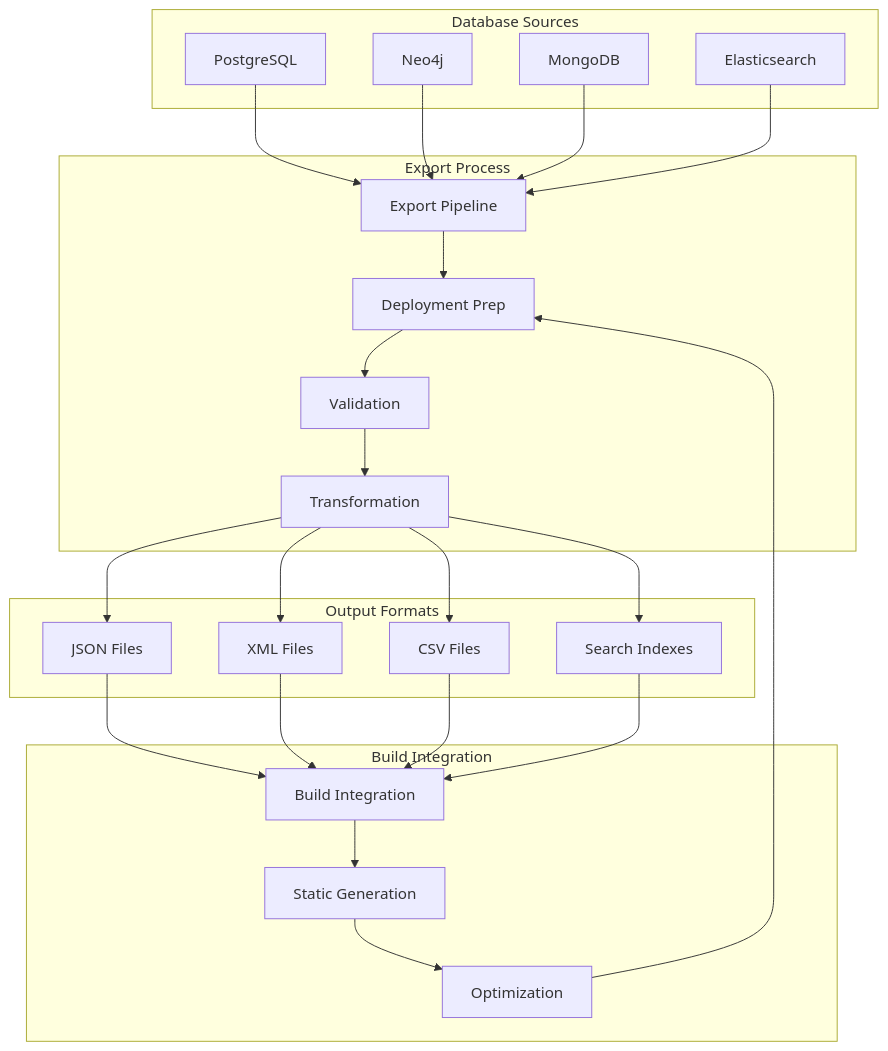
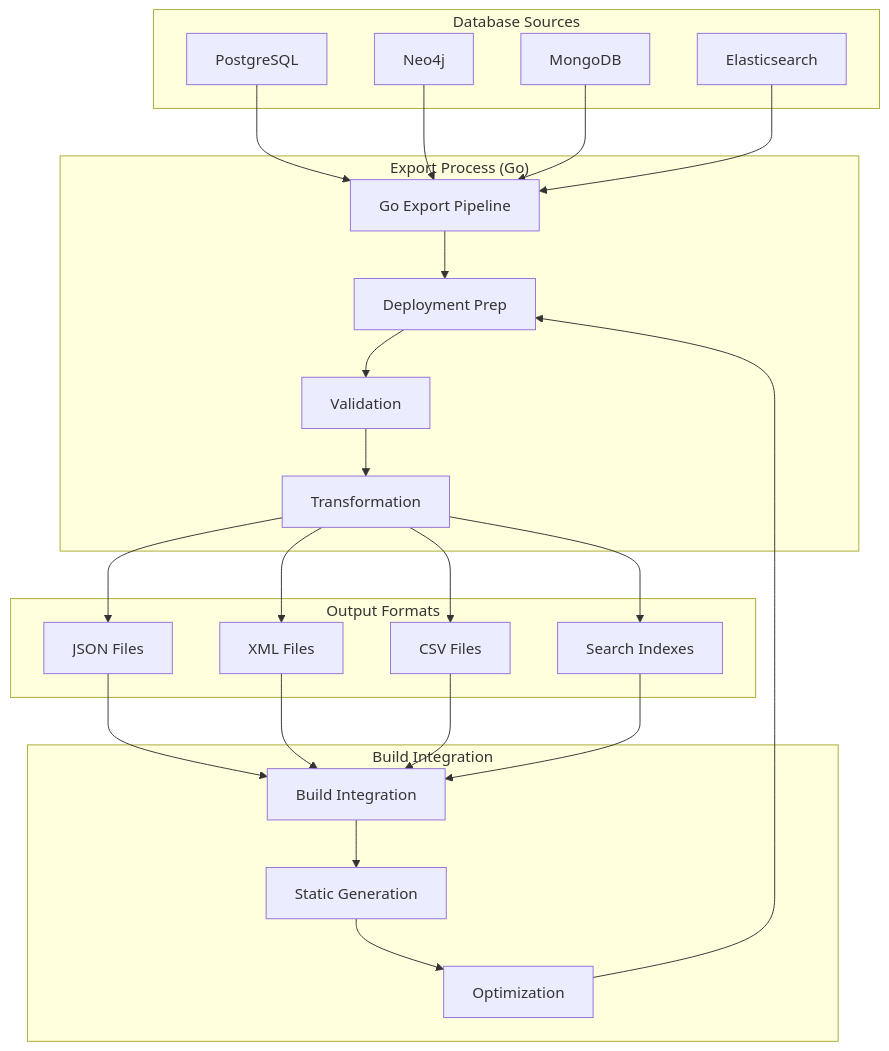
Diagram 15 of 30 in Docs/Planning & Analysis Stage/04. system-architecture-document.md (Dragon745/MuslimTree.org), drawn with Mermaid before and after one commit. The commit also changed other lines of this file, not shown here.

Commit message:
Update 04. system-architecture-document.md

````diff
--- a/Docs/Planning & Analysis Stage/04. system-architecture-document.md
+++ b/Docs/Planning & Analysis Stage/04. system-architecture-document.md
@@ -622,49 +807,49 @@
 ```mermaid
 flowchart TD
     subgraph "Database Sources"
         PG[PostgreSQL]
         NG[Neo4j]
         MG[MongoDB]
         ES[Elasticsearch]
     end
 
-    subgraph "Export Process"
-        EP[Export Pipeline]
+    subgraph "Export Process (Go)"
+        EP[Go Export Pipeline]
         DP[Data Processing]
         VT[Validation]
         TR[Transformation]
     end
 
     subgraph "Output Formats"
         JSON[JSON Files]
         XML[XML Files]
         CSV[CSV Files]
         SI[Search Indexes]
     end
 
     subgraph "Build Integration"
         BI[Build Integration]
         SG[Static Generation]
         OP[Optimization]
         DP[Deployment Prep]
     end
 
     PG --> EP
     NG --> EP
     MG --> EP
     ES --> EP
     EP --> DP
     DP --> VT
     VT --> TR
     TR --> JSON
     TR --> XML
     TR --> CSV
     TR --> SI
     JSON --> BI
     XML --> BI
     CSV --> BI
     SI --> BI
     BI --> SG
     SG --> OP
     OP --> DP
 ```
````
